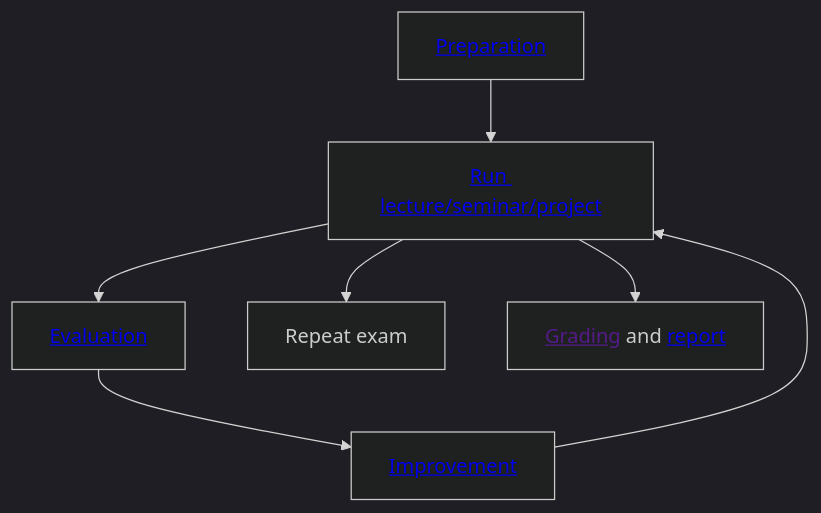
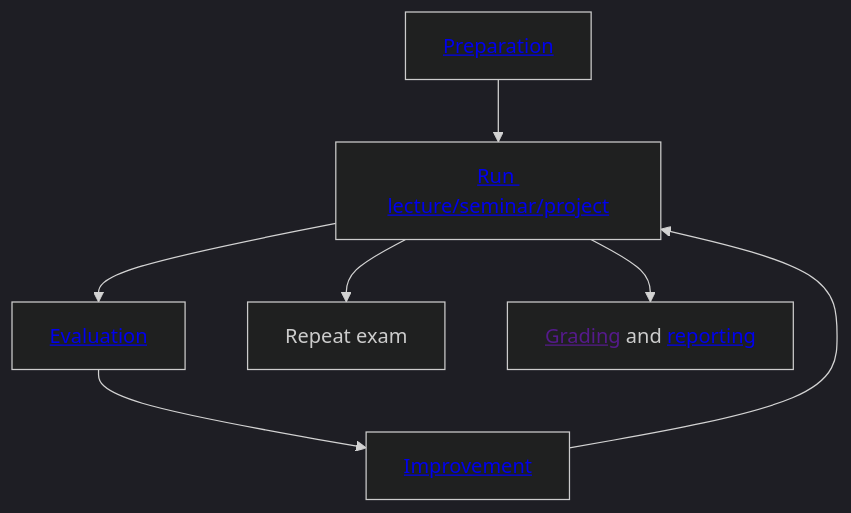
One commit to digital-work-lab/handbook changed the diagram in docs/30-teaching/30_processes/30.02.courses.md. Above: the diagram before and after it, drawn with Mermaid (dark theme).

````diff
--- a/docs/30-teaching/30_processes/30.02.courses.md
+++ b/docs/30-teaching/30_processes/30.02.courses.md
@@ -13,11 +13,11 @@
 ```mermaid
 flowchart TB
 
     Prepare["<a href='30.09.new_modules.html'>Preparation</a>"] --> Run["<a href='30.19.virtual_campus.html'>Run lecture/seminar/project</a>"]
     Run --> Evaluate["<a href='30.21.evaluations.html'>Evaluation</a>"]
     Evaluate --> Improve["<a href='30.22.improvements.html'>Improvement</a>"]
     Improve --> Run
     Run --> Repeat[Repeat exam]
-    Run --> Grade["<a href=''>Grading</a> and <a href='30.20.reports.html'>report</a>"]
+    Run --> Grade["<a href=''>Grading</a> and <a href='30.20.reports.html'>reporting</a>"]
 
 ```
````
